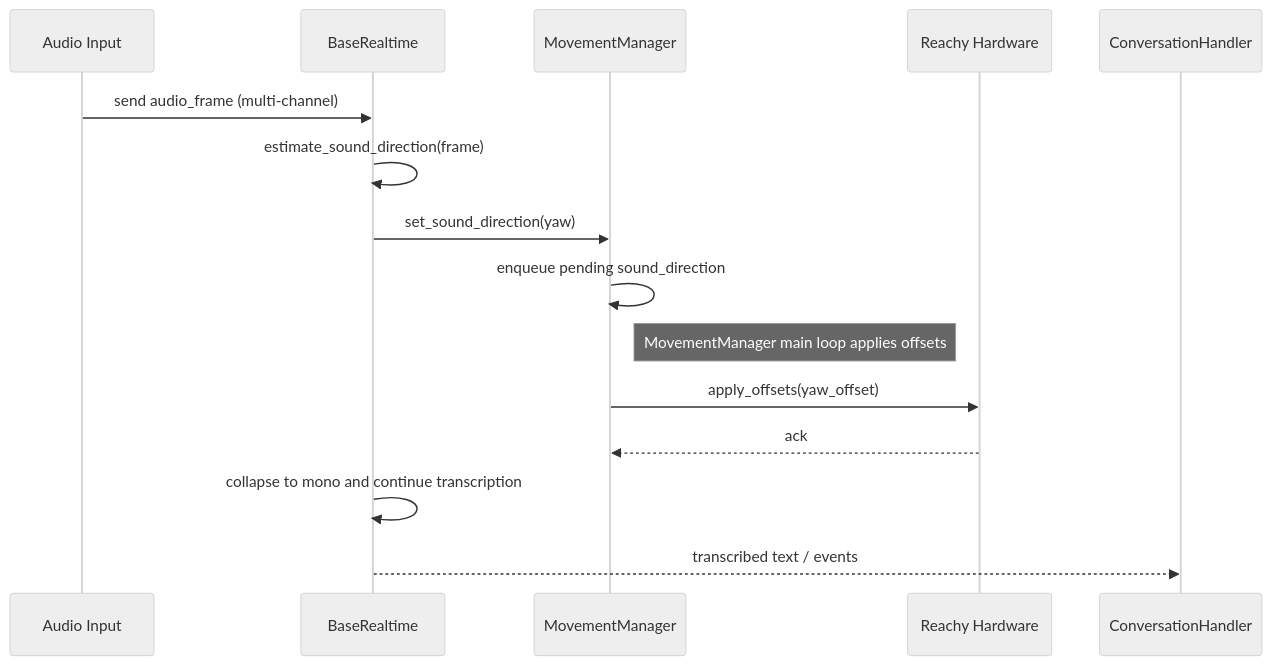
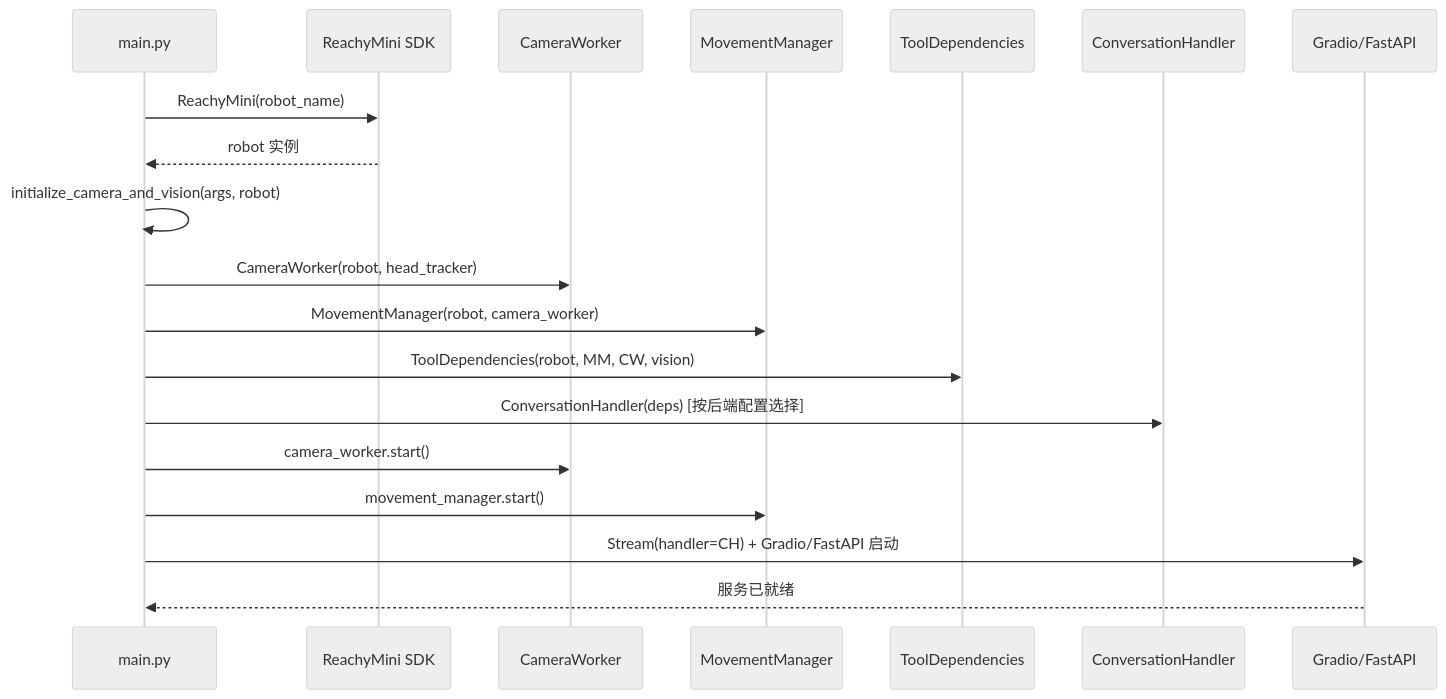
One commit to freshever/reachy_mini_conversation_app changed the third of 10 diagrams in docs/architecture_diagrams.md. Above: the diagram before and after it, drawn with Mermaid (neutral theme). The commit also changed other lines of this file, not shown here.

Commit message:
docs: expand architecture diagrams with detailed flows (speech, face tracking, sound direction, movement loop)

````diff
--- a/docs/architecture_diagrams.md
+++ b/docs/architecture_diagrams.md
@@ -60,18 +252,22 @@
 ```mermaid
 sequenceDiagram
-    participant Mic as Audio Input
-    participant Base as BaseRealtime
+    participant M as main.py
+    participant SDK as ReachyMini SDK
+    participant CW as CameraWorker
     participant MM as MovementManager
-    participant Reachy as Reachy Hardware
+    participant TD as ToolDependencies
+    participant CH as ConversationHandler
+    participant APP as Gradio/FastAPI
 
-    Mic->>Base: send audio_frame (multi-channel)
-    Base->>Base: estimate_sound_direction(frame)
-    Base->>MM: set_sound_direction(yaw)
-    MM->>MM: enqueue pending sound_direction
-    Note right of MM: MovementManager main loop applies offsets
-    MM->>Reachy: apply_offsets(yaw_offset)
-    Reachy-->>MM: ack
-    Base->>Base: collapse to mono and continue transcription
-    Base-->>ConversationHandler: transcribed text / events
-
+    M->>SDK: ReachyMini(robot_name)
+    SDK-->>M: robot 实例
+    M->>M: initialize_camera_and_vision(args, robot)
+    M->>CW: CameraWorker(robot, head_tracker)
+    M->>MM: MovementManager(robot, camera_worker)
+    M->>TD: ToolDependencies(robot, MM, CW, vision)
+    M->>CH: ConversationHandler(deps) [按后端配置选择]
+    M->>CW: camera_worker.start()
+    M->>MM: movement_manager.start()
+    M->>APP: Stream(handler=CH) + Gradio/FastAPI 启动
+    APP-->>M: 服务已就绪
 ```
````
